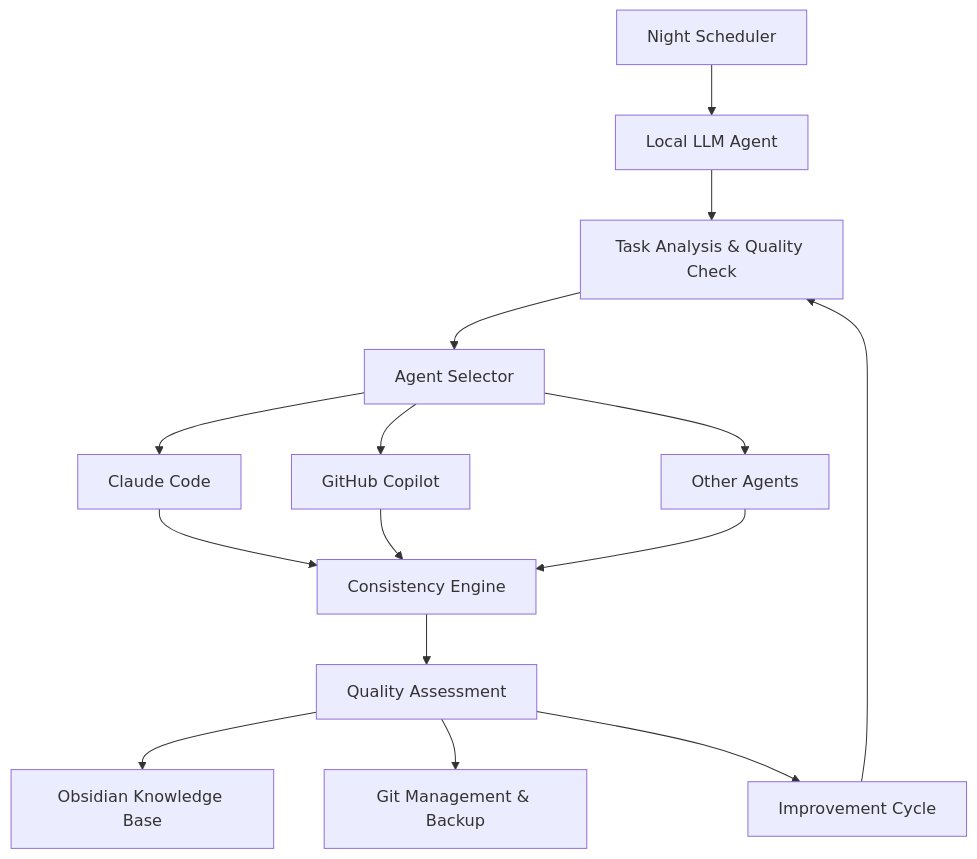
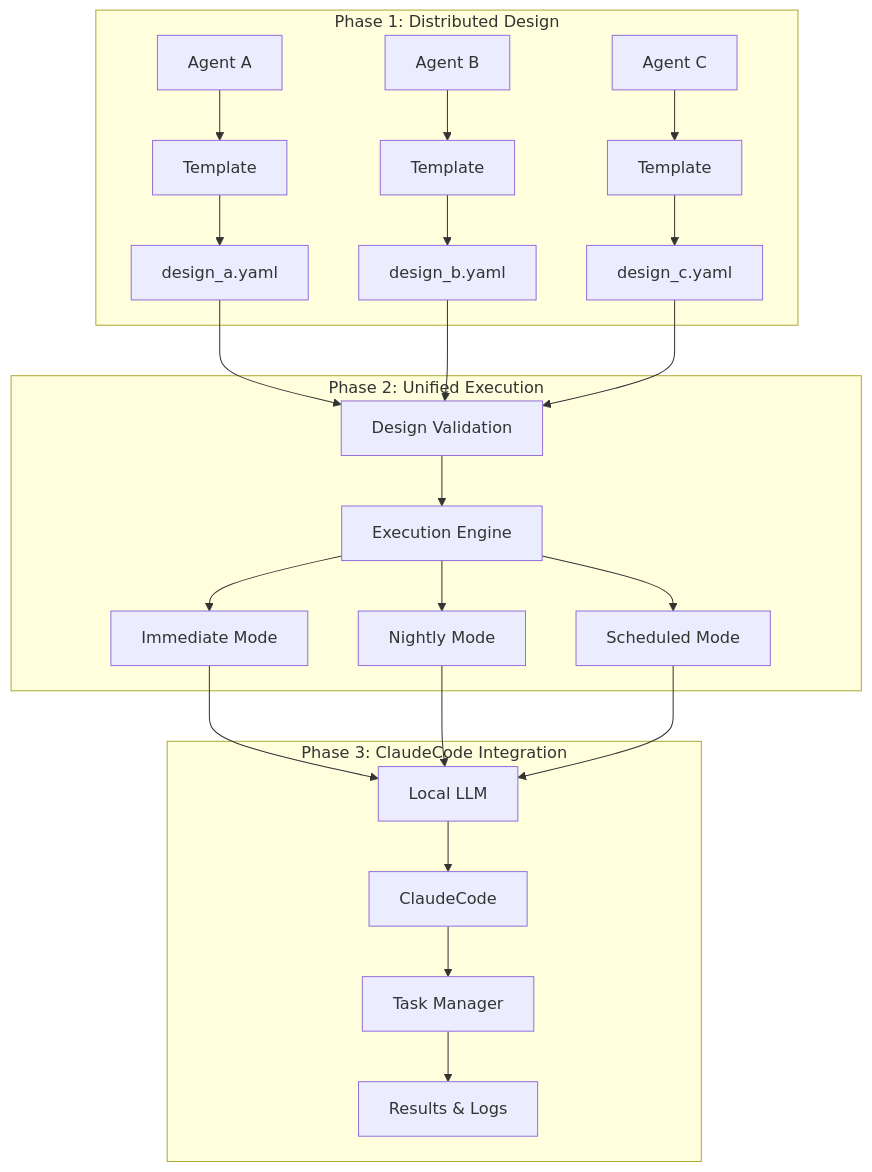
One commit to ben-saito/nocturnal-agent changed the diagram in README.md. Above: the diagram before and after it, drawn with Mermaid. The commit also changed other lines of this file and 88 other files, not shown here.

````diff
--- a/README.md
+++ b/README.md
@@ -76,17 +34,30 @@
 ```mermaid
 graph TB
-    A[Night Scheduler] --> B[Local LLM Agent]
-    B --> C[Task Analysis & Quality Check]
-    C --> D[Agent Selector]
-    D --> E[Claude Code]
-    D --> F[GitHub Copilot]
-    D --> G[Other Agents]
-    E --> H[Consistency Engine]
-    F --> H
-    G --> H
-    H --> I[Quality Assessment]
-    I --> J[Obsidian Knowledge Base]
-    I --> K[Git Management & Backup]
-    I --> L[Improvement Cycle]
-    L --> C
+    subgraph "Phase 1: Distributed Design"
+        A1[Agent A] --> T1[Template]
+        A2[Agent B] --> T2[Template] 
+        A3[Agent C] --> T3[Template]
+        T1 --> D1[design_a.yaml]
+        T2 --> D2[design_b.yaml]
+        T3 --> D3[design_c.yaml]
+    end
+    
+    subgraph "Phase 2: Unified Execution"
+        D1 --> V[Design Validation]
+        D2 --> V
+        D3 --> V
+        V --> E[Execution Engine]
+        E --> M1[Immediate Mode]
+        E --> M2[Nightly Mode]
+        E --> M3[Scheduled Mode]
+    end
+    
+    subgraph "Phase 3: ClaudeCode Integration"
+        M1 --> LLM[Local LLM]
+        M2 --> LLM
+        M3 --> LLM
+        LLM --> CC[ClaudeCode]
+        CC --> TM[Task Manager]
+        TM --> R[Results & Logs]
+    end
 ```
````
